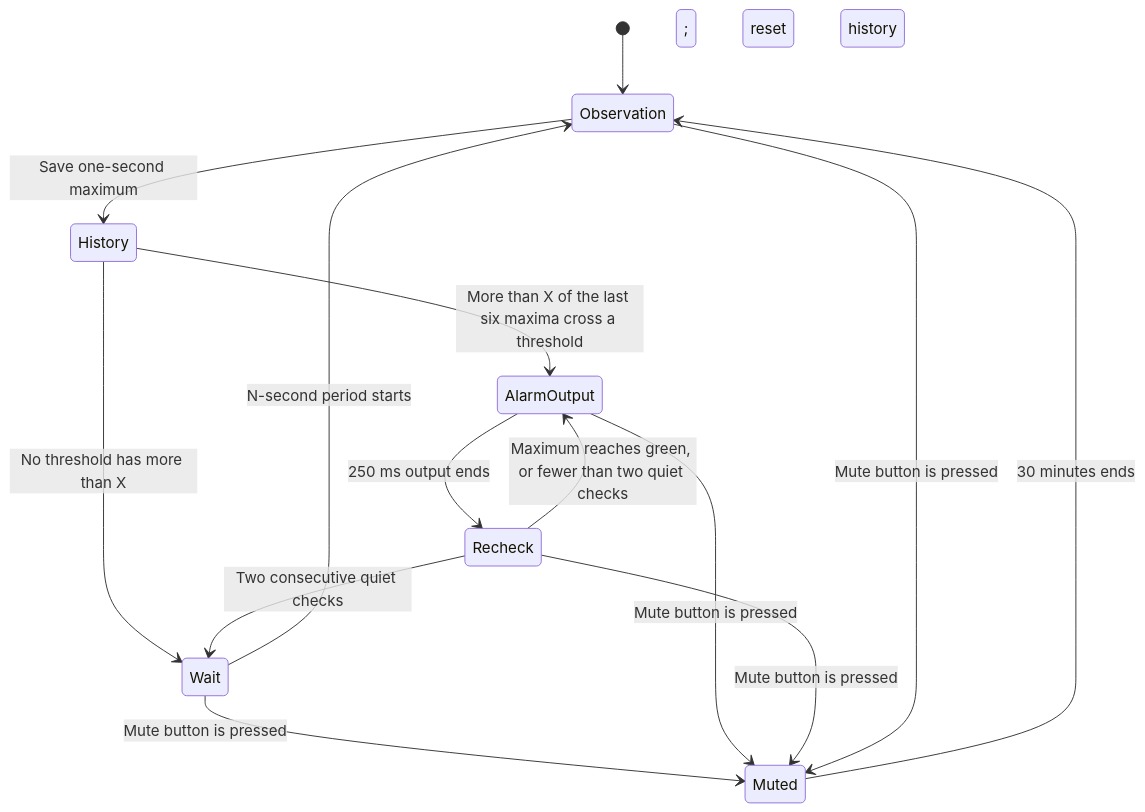
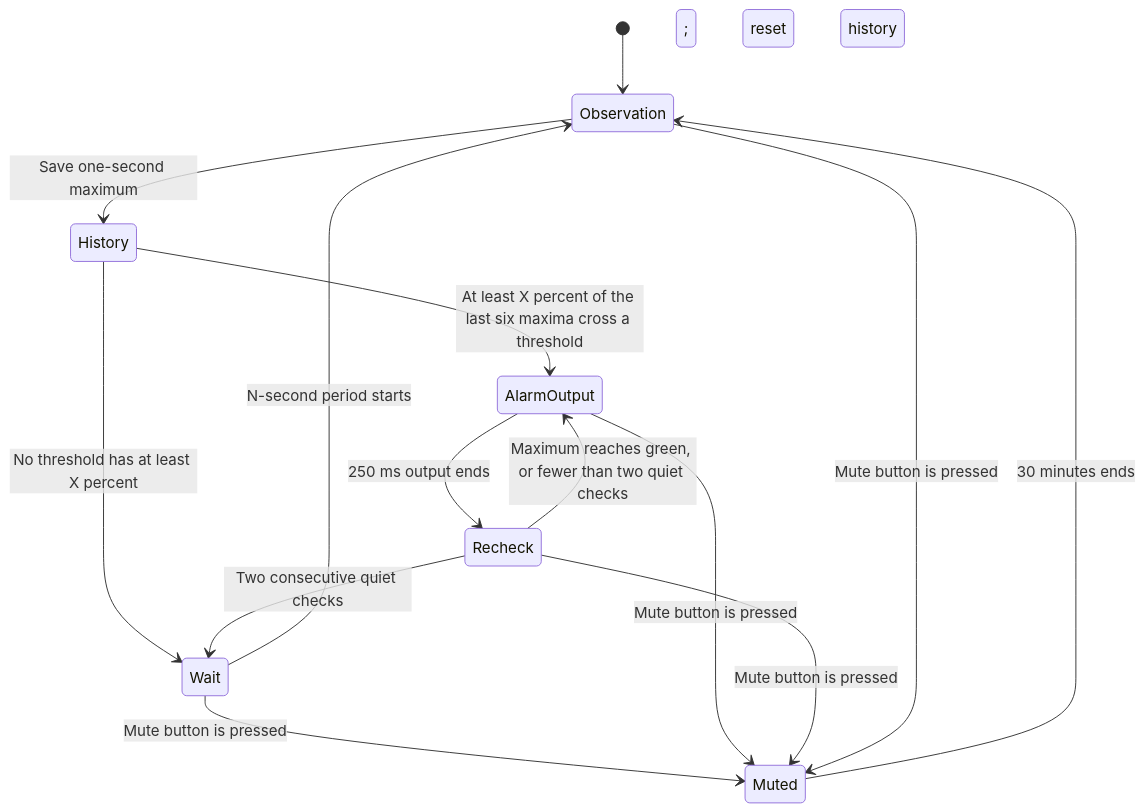
The third of 3 diagrams in docs/architecture.md (tubededentifrice/espnoise), drawn with Mermaid before and after one commit. The commit also changed other lines of this file and 15 other files, not shown here.

````diff
--- a/docs/architecture.md
+++ b/docs/architecture.md
@@ -41,16 +41,16 @@
 ```mermaid
 stateDiagram-v2
   [*] --> Observation
   Observation --> History: Save one-second maximum
-  History --> AlarmOutput: More than X of the last six maxima cross a threshold
-  History --> Wait: No threshold has more than X
+  History --> AlarmOutput: At least X percent of the last six maxima cross a threshold
+  History --> Wait: No threshold has at least X percent
   Wait --> Observation: N-second period starts
   AlarmOutput --> Recheck: 250 ms output ends
   Recheck --> AlarmOutput: Maximum reaches green, or fewer than two quiet checks
   Recheck --> Wait: Two consecutive quiet checks; reset history
   Wait --> Muted: Mute button is pressed
   AlarmOutput --> Muted: Mute button is pressed
   Recheck --> Muted: Mute button is pressed
   Observation --> Muted: Mute button is pressed
   Muted --> Observation: 30 minutes ends
 ```
````
